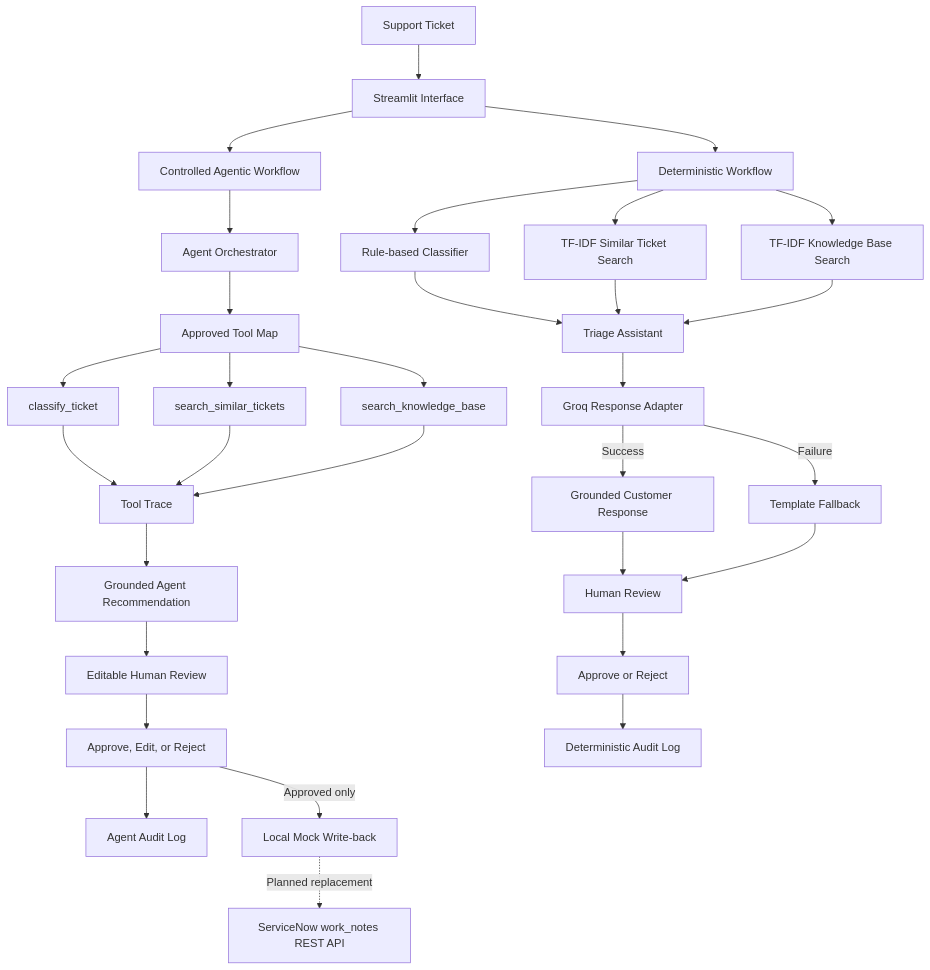
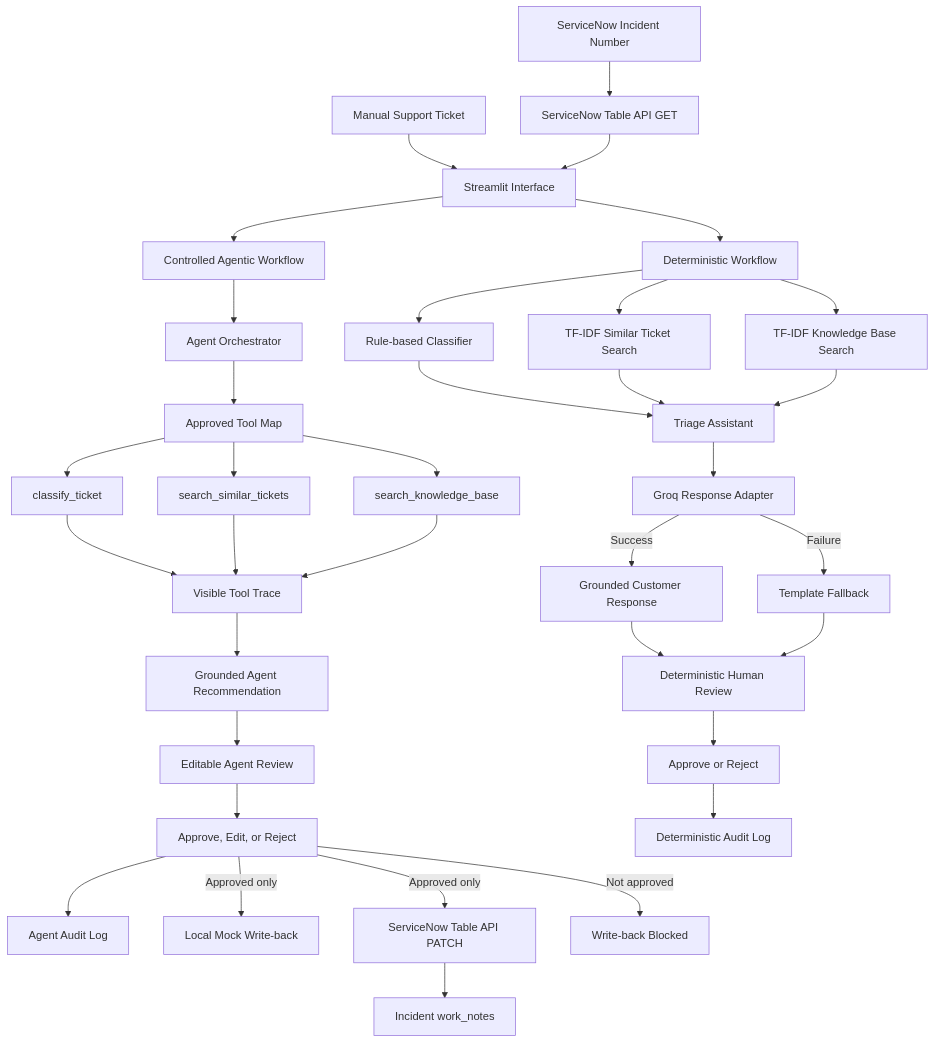
Before and after one commit to Maneesh-AI-ML/ai-itsm-copilot: the diagram in README.md, drawn with Mermaid. The commit also changed other lines of this file, not shown here.

Commit message:
Update README for ServiceNow integration

````diff
--- a/README.md
+++ b/README.md
@@ -355,45 +404,50 @@
 ```mermaid
 flowchart TD
-    A["Support Ticket"] --> B["Streamlit Interface"]
+    A["Manual Support Ticket"] --> B["Streamlit Interface"]
+    SN1["ServiceNow Incident Number"] --> SN2["ServiceNow Table API GET"]
+    SN2 --> B
 
     B --> C["Deterministic Workflow"]
     B --> D["Controlled Agentic Workflow"]
 
     C --> E["Rule-based Classifier"]
     C --> F["TF-IDF Similar Ticket Search"]
     C --> G["TF-IDF Knowledge Base Search"]
 
     E --> H["Triage Assistant"]
     F --> H
     G --> H
 
     H --> I["Groq Response Adapter"]
     I -->|Success| J["Grounded Customer Response"]
     I -->|Failure| K["Template Fallback"]
 
     D --> L["Agent Orchestrator"]
     L --> M["Approved Tool Map"]
 
     M --> N["classify_ticket"]
     M --> O["search_similar_tickets"]
     M --> P["search_knowledge_base"]
 
-    N --> Q["Tool Trace"]
+    N --> Q["Visible Tool Trace"]
     O --> Q
     P --> Q
 
     Q --> R["Grounded Agent Recommendation"]
 
-    J --> S["Human Review"]
+    J --> S["Deterministic Human Review"]
     K --> S
-    R --> T["Editable Human Review"]
+    R --> T["Editable Agent Review"]
 
     S --> U["Approve or Reject"]
     T --> V["Approve, Edit, or Reject"]
 
     U --> W["Deterministic Audit Log"]
     V --> X["Agent Audit Log"]
 
     V -->|Approved only| Y["Local Mock Write-back"]
-    Y -. "Planned replacement" .-> Z["ServiceNow work_notes REST API"]
+    V -->|Approved only| Z["ServiceNow Table API PATCH"]
+    Z --> SN3["Incident work_notes"]
+
+    V -->|Not approved| BLOCK["Write-back Blocked"]
 ```
````
